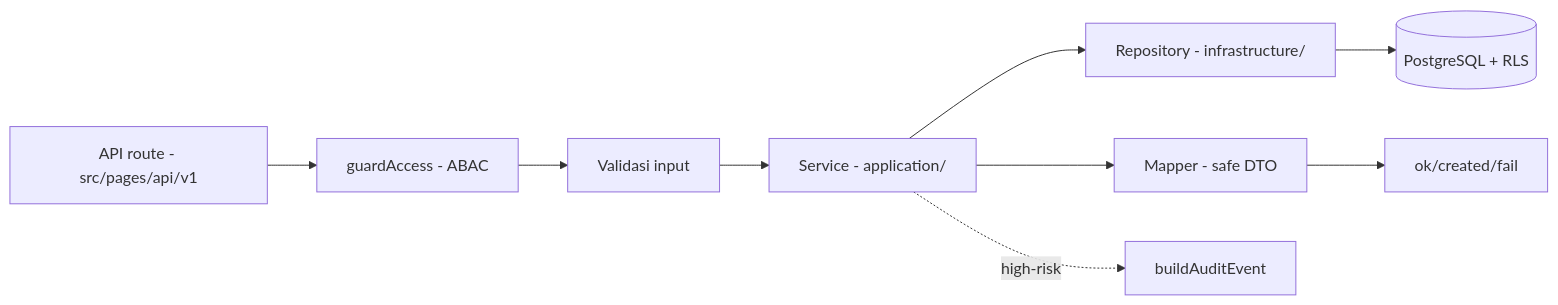
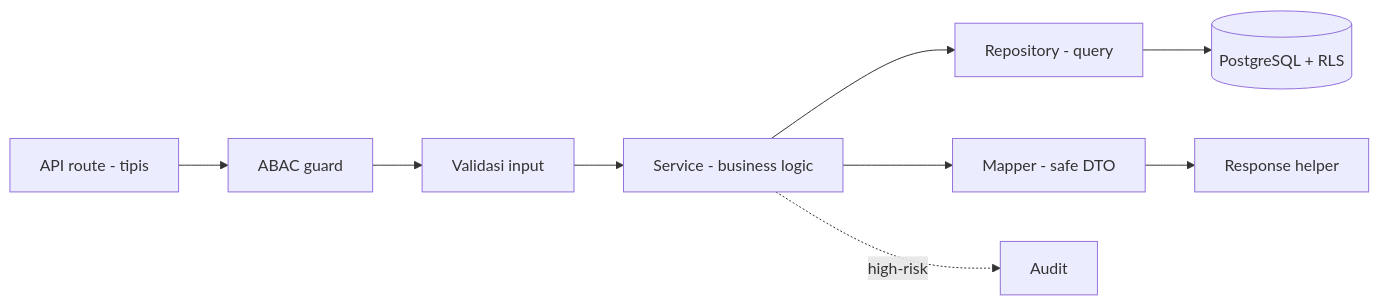
Before and after one commit to ahliweb/awcms-mini: the first of 2 diagrams in docs/awcms-mini/10_template_kode_coding_standard.md, drawn with Mermaid. The commit also changed other lines of this file and 51 other files, not shown here.

````diff
--- a/docs/awcms-mini/10_template_kode_coding_standard.md
+++ b/docs/awcms-mini/10_template_kode_coding_standard.md
@@ -18,11 +23,11 @@
 ```mermaid
 flowchart LR
-  R[API route - src/pages/api/v1] --> G[guardAccess - ABAC]
+  R[API route - tipis] --> G[ABAC guard]
   G --> V[Validasi input]
-  V --> S[Service - application/]
-  S --> Repo[Repository - infrastructure/]
+  V --> S[Service - business logic]
+  S --> Repo[Repository - query]
   Repo --> DB[(PostgreSQL + RLS)]
   S --> M[Mapper - safe DTO]
-  M --> Resp[ok/created/fail]
-  S -. high-risk .-> Aud[buildAuditEvent]
+  M --> Resp[Response helper]
+  S -. high-risk .-> Aud[Audit]
 ```
````
